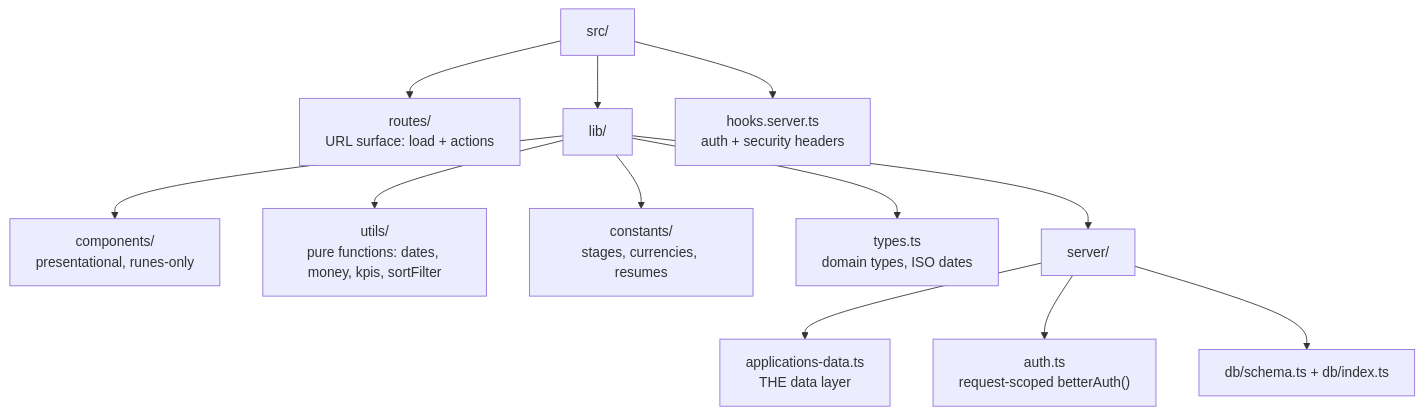
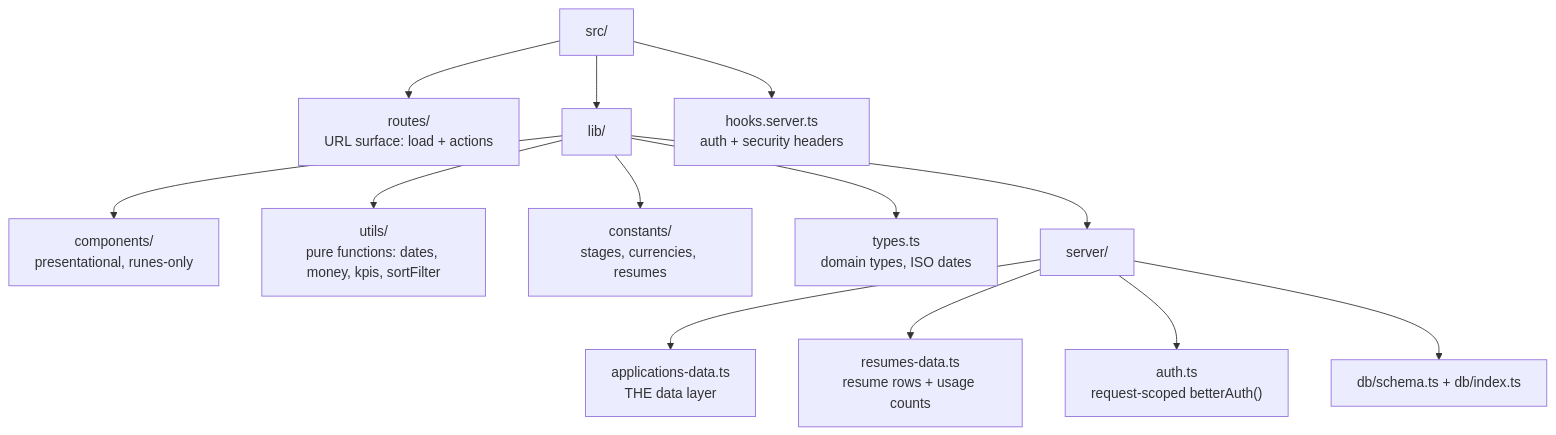
The second of 6 diagrams in docs/architecture.md (c0k0n/job-tracker), drawn with Mermaid before and after one commit. The commit also changed other lines of this file and 32 other files, not shown here.

````diff
--- a/docs/architecture.md
+++ b/docs/architecture.md
@@ -30,14 +37,15 @@
 ```mermaid
 flowchart TD
     S["src/"] --> R["routes/<br/>URL surface: load + actions"]
     S --> L["lib/"]
     S --> H["hooks.server.ts<br/>auth + security headers"]
     L --> C["components/<br/>presentational, runes-only"]
     L --> U["utils/<br/>pure functions: dates, money, kpis, sortFilter"]
     L --> K["constants/<br/>stages, currencies, resumes"]
     L --> T["types.ts<br/>domain types, ISO dates"]
     L --> SV["server/"]
     SV --> AD["applications-data.ts<br/>THE data layer"]
+    SV --> RD["resumes-data.ts<br/>resume rows + usage counts"]
     SV --> AU["auth.ts<br/>request-scoped betterAuth()"]
     SV --> DB["db/schema.ts + db/index.ts"]
 ```
````
